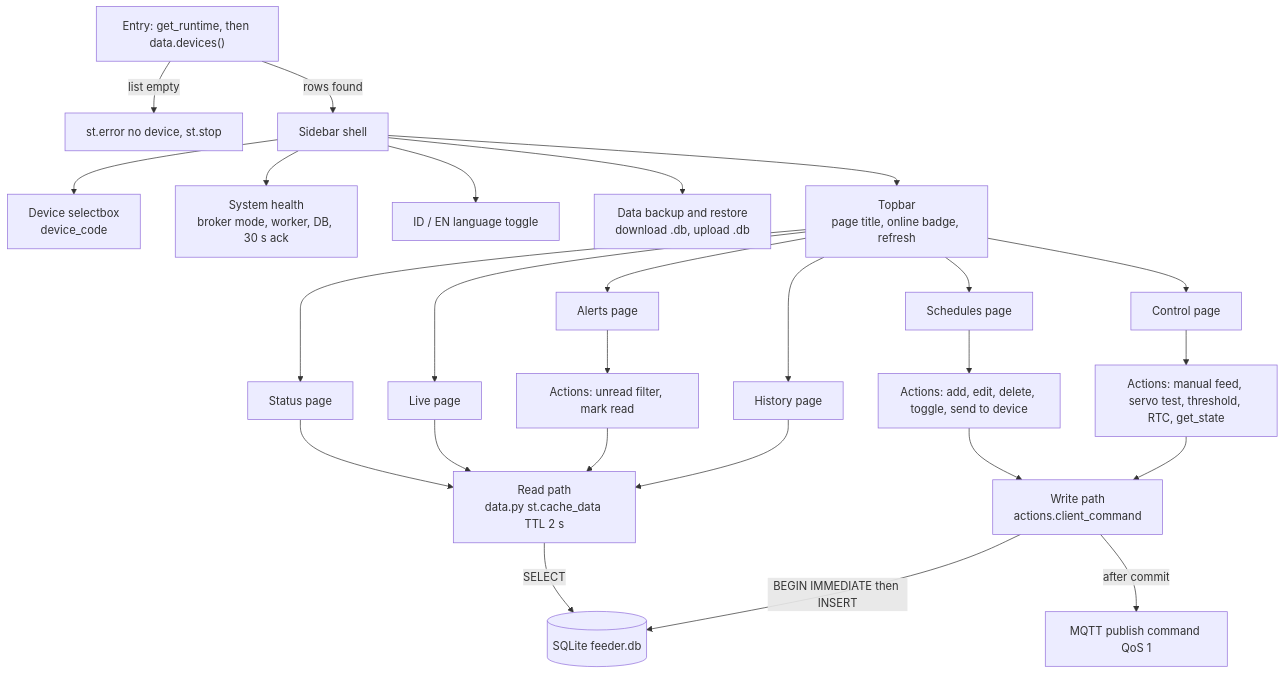
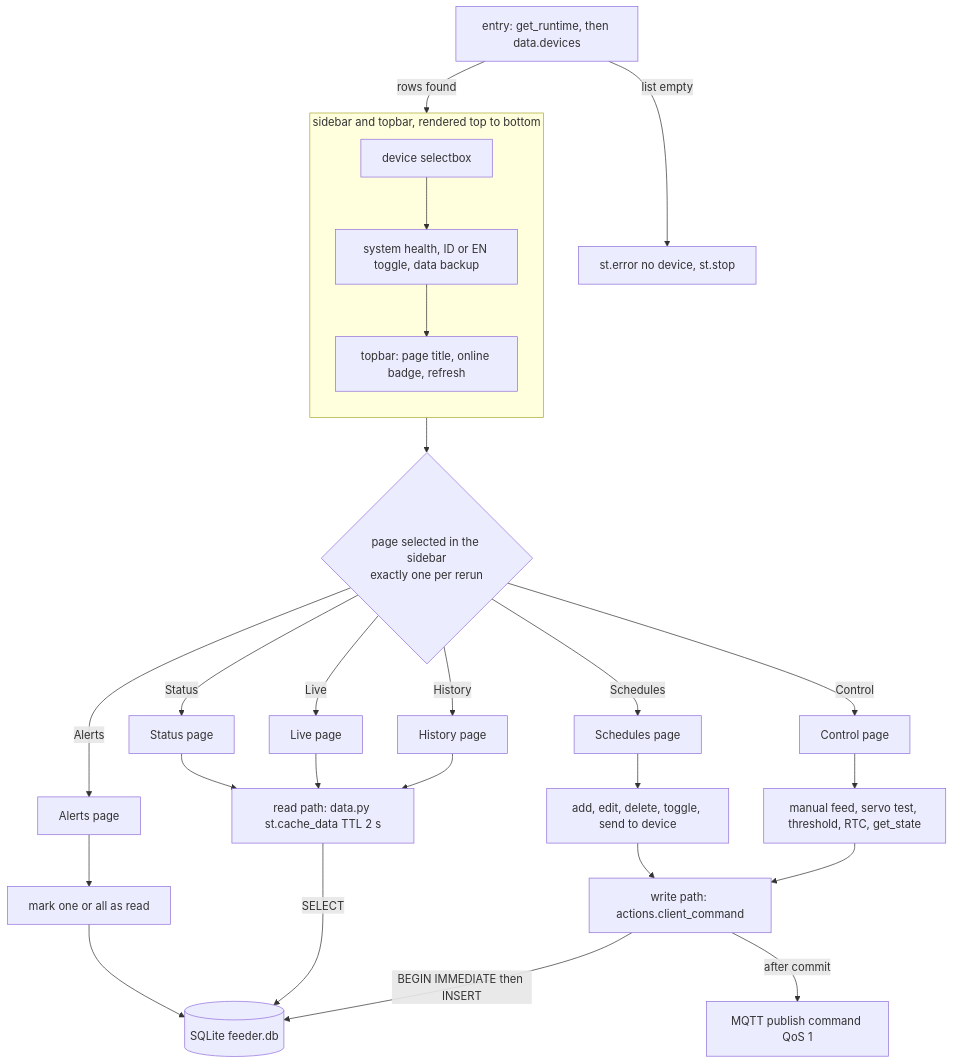
Before and after one commit to ayurahmaw/fish-feeder: the diagram in docs/design-report/assets/diagrams/src/web-flowchart.mmd, drawn with Mermaid. The commit also changed 11 other files, not shown here.

First line of the commit message:
docs(diagrams): redraw the two flowcharts that implied concurrency

```diff
--- a/docs/design-report/assets/diagrams/src/web-flowchart.mmd
+++ b/docs/design-report/assets/diagrams/src/web-flowchart.mmd
@@ -1,52 +1,53 @@
-%% title: Streamlit session and page flow
+%% title: Streamlit session, sidebar order and page selection
 %% source: dashboard/app.py:37-166 guard, sidebar, topbar, routing
 %% source: dashboard/data.py:26-64 cache TTL 2 s, actions.py:15-24 client_command
+%% note: st.navigation renders exactly one page per rerun, in a single script thread.
 
 flowchart TD
-  G["Entry: get_runtime, then data.devices()"]
+  G["entry: get_runtime, then data.devices"]
   STOP["st.error no device, st.stop"]
-  SB["Sidebar shell"]
-  DEV["Device selectbox<br/>device_code"]
-  HEALTH["System health<br/>broker mode, worker, DB, 30 s ack"]
-  LANG["ID / EN language toggle"]
-  BAK["Data backup and restore<br/>download .db, upload .db"]
-  TOP["Topbar<br/>page title, online badge, refresh"]
+
+  subgraph SHELL["sidebar and topbar, rendered top to bottom"]
+    direction TB
+    SB1["device selectbox"]
+    SB2["system health, ID or EN toggle, data backup"]
+    SB3["topbar: page title, online badge, refresh"]
+    SB1 --> SB2 --> SB3
+  end
+
+  SEL{"page selected in the sidebar<br/>exactly one per rerun"}
   P1["Status page"]
   P2["Live page"]
   P3["Alerts page"]
   P4["History page"]
   P5["Schedules page"]
   P6["Control page"]
-  A1["Actions: unread filter, mark read"]
-  A2["Actions: add, edit, delete, toggle, send to device"]
-  A3["Actions: manual feed, servo test, threshold, RTC, get_state"]
-  RD["Read path<br/>data.py st.cache_data TTL 2 s"]
-  WR["Write path<br/>actions.client_command"]
+  A1["mark one or all as read"]
+  A2["add, edit, delete, toggle, send to device"]
+  A3["manual feed, servo test, threshold, RTC, get_state"]
+  RD["read path: data.py st.cache_data TTL 2 s"]
+  WR["write path: actions.client_command"]
   DB[("SQLite feeder.db")]
   MQ["MQTT publish command QoS 1"]
 
   G -->|"list empty"| STOP
-  G -->|"rows found"| SB
-  SB --> DEV
-  SB --> HEALTH
-  SB --> LANG
-  SB --> BAK
-  SB --> TOP
-  TOP --> P1
-  TOP --> P2
-  TOP --> P3
-  TOP --> P4
-  TOP --> P5
-  TOP --> P6
+  G -->|"rows found"| SB1
+  SB3 --> SEL
+  SEL -->|"Status"| P1
+  SEL -->|"Live"| P2
+  SEL -->|"Alerts"| P3
+  SEL -->|"History"| P4
+  SEL -->|"Schedules"| P5
+  SEL -->|"Control"| P6
   P1 --> RD
   P2 --> RD
   P3 --> A1
-  A1 --> RD
+  A1 --> DB
   P4 --> RD
   P5 --> A2
   P6 --> A3
   A2 --> WR
   A3 --> WR
   RD -->|"SELECT"| DB
   WR -->|"BEGIN IMMEDIATE then INSERT"| DB
   WR -->|"after commit"| MQ
```
